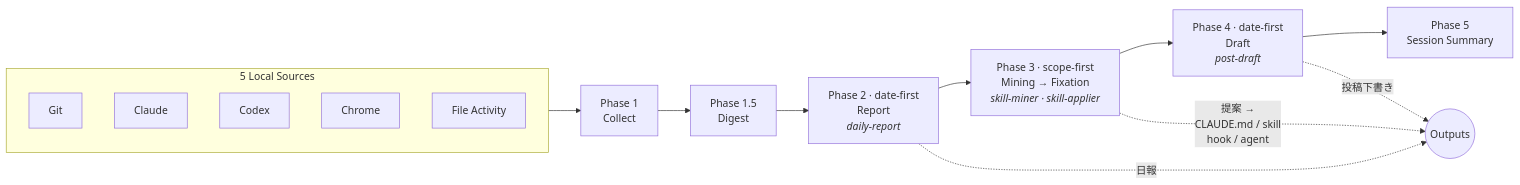
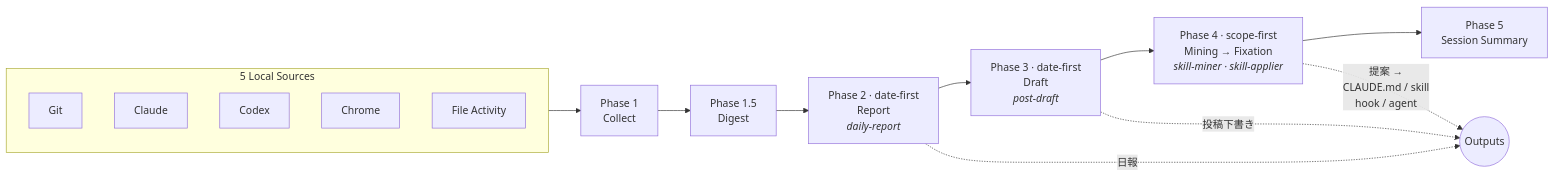
Before and after one commit to matz-d/daytrace-plugin: the diagram in README.md, drawn with Mermaid. The commit also changed other lines of this file and 9 other files, not shown here.

````diff
--- a/README.md
+++ b/README.md
@@ -88,24 +105,24 @@
 ```mermaid
 flowchart LR
   subgraph Sources["5 Local Sources"]
     direction TB
     S1[Git]
     S2[Claude]
     S3[Codex]
     S4[Chrome]
     S5[File Activity]
   end
 
   P1["Phase 1\nCollect"]
   DG["Phase 1.5\nDigest"]
   P2["Phase 2 · date-first\nReport\n<i>daily-report</i>"]
-  P3["Phase 3 · scope-first\nMining → Fixation\n<i>skill-miner · skill-applier</i>"]
-  P4["Phase 4 · date-first\nDraft\n<i>post-draft</i>"]
+  P3["Phase 3 · date-first\nDraft\n<i>post-draft</i>"]
+  P4["Phase 4 · scope-first\nMining → Fixation\n<i>skill-miner · skill-applier</i>"]
   P5["Phase 5\nSession Summary"]
 
   Sources --> P1 --> DG --> P2 --> P3 --> P4 --> P5
 
   P2 -. "日報" .-> OUT(("Outputs"))
-  P3 -. "提案 →\nCLAUDE.md / skill\nhook / agent" .-> OUT
-  P4 -. "投稿下書き" .-> OUT
+  P3 -. "投稿下書き" .-> OUT
+  P4 -. "提案 →\nCLAUDE.md / skill\nhook / agent" .-> OUT
 ```
````
